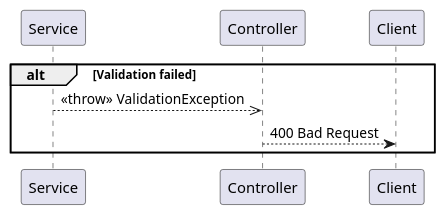
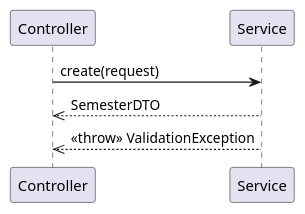
The first of 7 diagrams in system_detailed_design/sequendiagram_rule.md (Ndh474/context), drawn with PlantUML before and after one commit. The commit also changed other lines of this file and 6 other files, not shown here.

Commit message:
docs(system_detailed_design): update semester sequence diagrams with UML stereotypes

````diff
--- a/system_detailed_design/sequendiagram_rule.md
+++ b/system_detailed_design/sequendiagram_rule.md
@@ -222,8 +69,10 @@
-```puml
-' Validation logic (internal)
+```plantuml
+' Synchronous call (đợi response)
+Controller -> Service: create(request)
 
-alt Validation failed
-    Service -->> Controller: <<throw>> ValidationException
-    Controller --> Client: 400 Bad Request
-end
+' Reply message
+Service -->> Controller: SemesterDTO
+
+' Exception (vẫn là reply)
+Service -->> Controller: <<throw>> ValidationException
 ```
````
